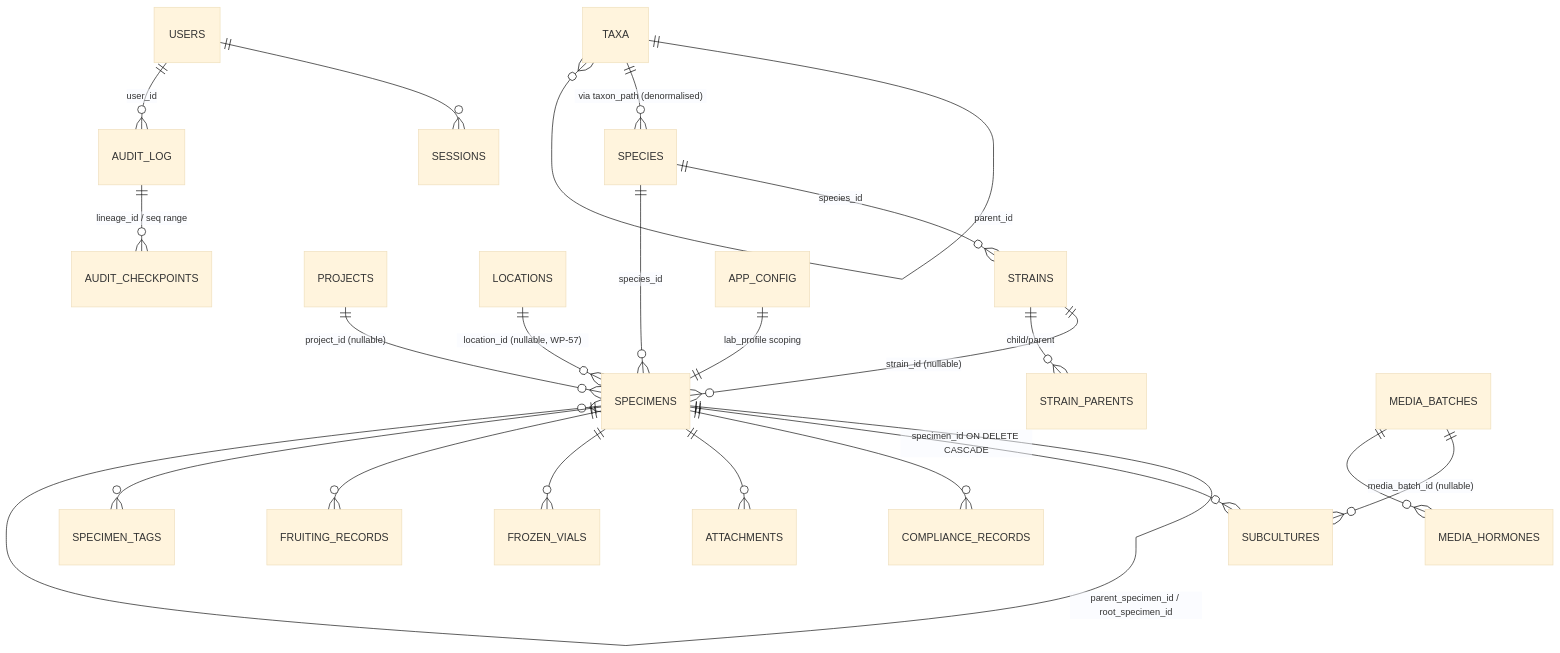
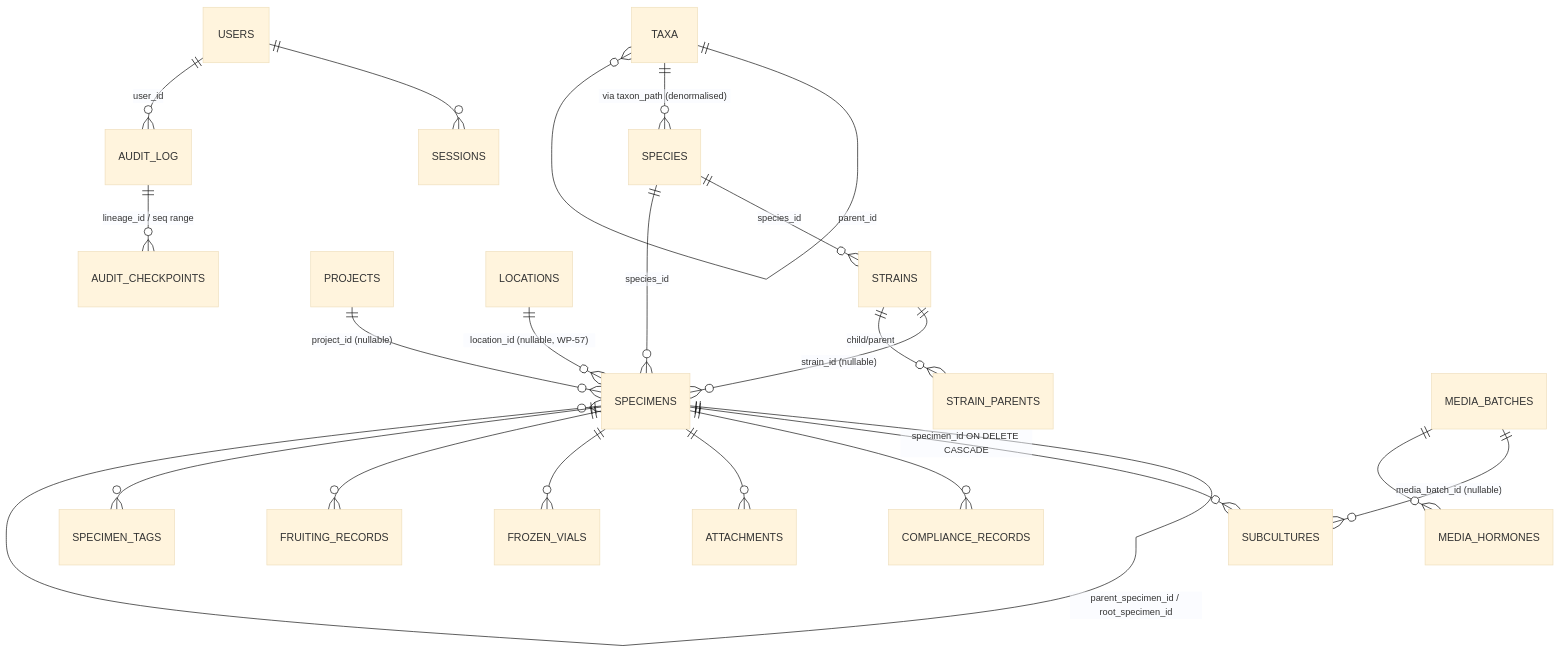
Before and after one commit to jnowat/SteloPTC: the diagram in Obsidian/Architecture/Data Model.md, drawn with Mermaid (base theme). The commit also changed 7 other files, not shown here.

First line of the commit message:
docs(obsidian): add the Workflows folder, fix frontmatter and mermaid syntax

````diff
--- a/Obsidian/Architecture/Data Model.md
+++ b/Obsidian/Architecture/Data Model.md
@@ -21,24 +21,23 @@
 ```mermaid
 erDiagram
   TAXA ||--o{ TAXA : "parent_id"
   TAXA ||--o{ SPECIES : "via taxon_path (denormalised)"
   SPECIES ||--o{ STRAINS : "species_id"
   SPECIES ||--o{ SPECIMENS : "species_id"
   STRAINS ||--o{ SPECIMENS : "strain_id (nullable)"
   STRAINS ||--o{ STRAIN_PARENTS : "child/parent"
   PROJECTS ||--o{ SPECIMENS : "project_id (nullable)"
   SPECIMENS ||--o{ SPECIMENS : "parent_specimen_id / root_specimen_id"
   SPECIMENS ||--o{ SUBCULTURES : "specimen_id ON DELETE CASCADE"
   SPECIMENS ||--o{ COMPLIANCE_RECORDS : ""
   SPECIMENS ||--o{ ATTACHMENTS : ""
   SPECIMENS ||--o{ FROZEN_VIALS : ""
   SPECIMENS ||--o{ FRUITING_RECORDS : ""
   SPECIMENS ||--o{ SPECIMEN_TAGS : ""
   MEDIA_BATCHES ||--o{ SUBCULTURES : "media_batch_id (nullable)"
   MEDIA_BATCHES ||--o{ MEDIA_HORMONES : ""
   LOCATIONS ||--o{ SPECIMENS : "location_id (nullable, WP-57)"
   USERS ||--o{ SESSIONS : ""
   USERS ||--o{ AUDIT_LOG : "user_id"
   AUDIT_LOG ||--o{ AUDIT_CHECKPOINTS : "lineage_id / seq range"
-  APP_CONFIG ||--|| SPECIMENS : "lab_profile scoping"
 ```
````
